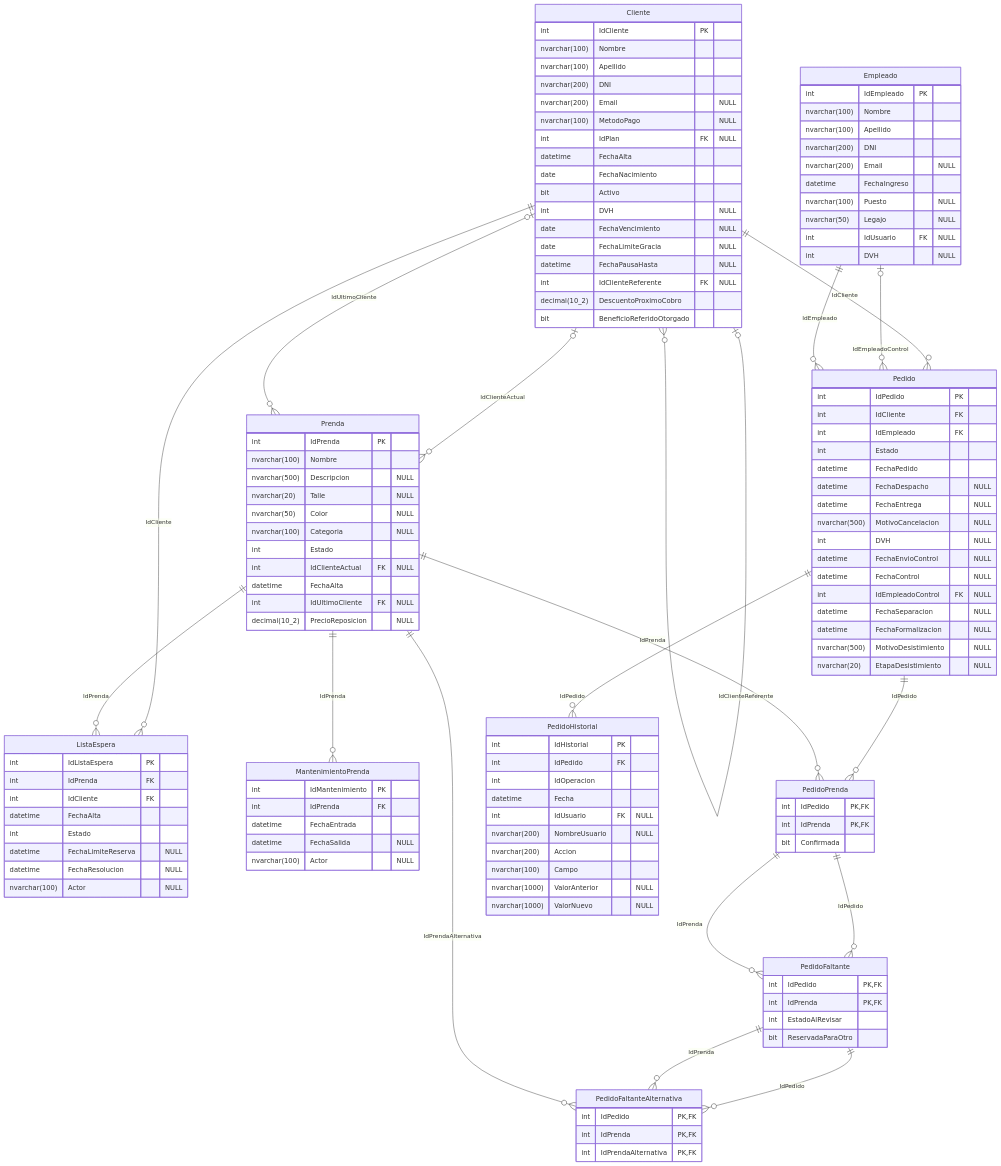
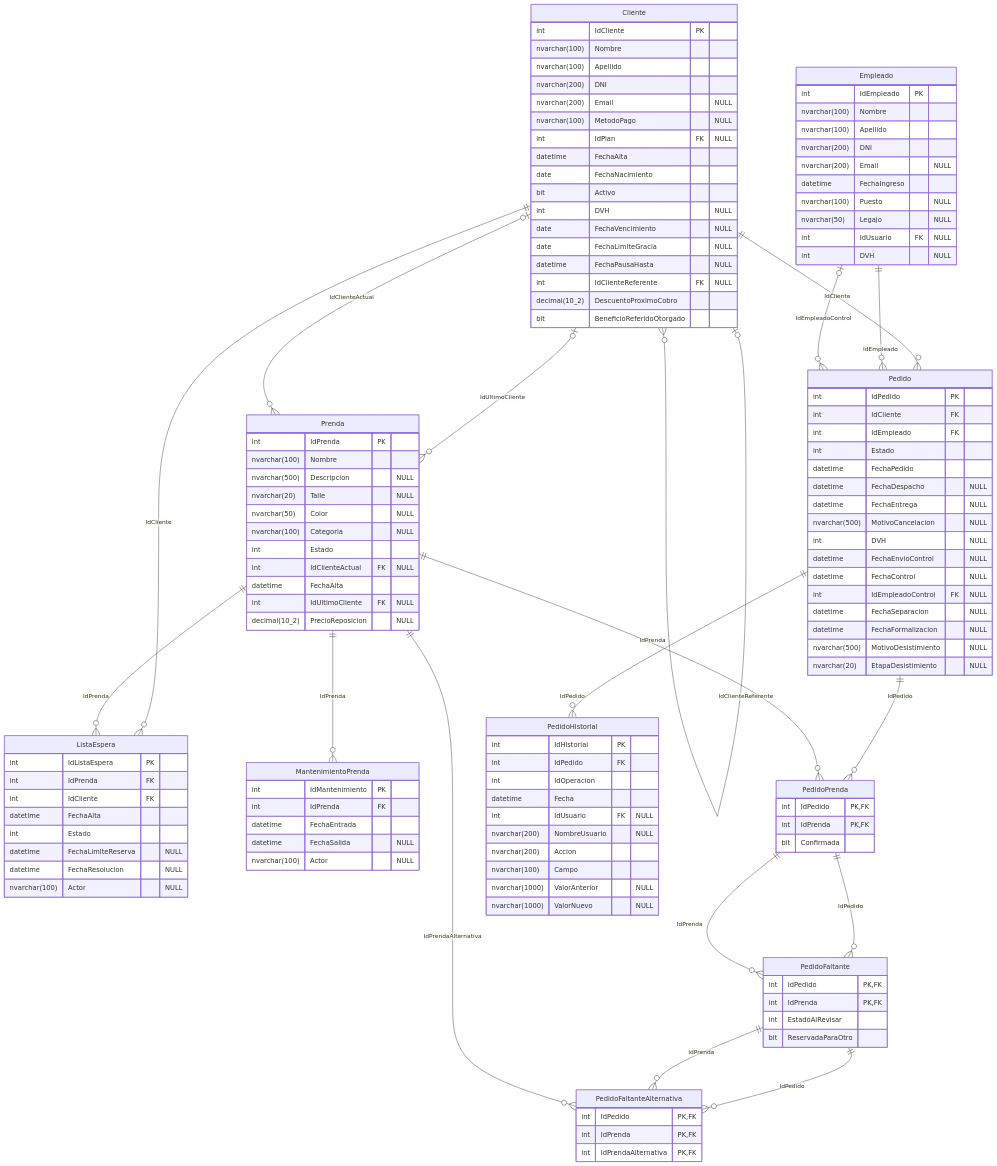
Before and after one commit to valentinamorana/Trabajo-de-Diploma: the diagram in docs/diagramas/mermaid/DER_pn01_pedidos.mmd, drawn with Mermaid. The commit also changed other lines of this file and 65 other files, not shown here.

```diff
--- a/docs/diagramas/mermaid/DER_pn01_pedidos.mmd
+++ b/docs/diagramas/mermaid/DER_pn01_pedidos.mmd
@@ -1,125 +1,125 @@
 erDiagram
   Cliente |o--o{ Cliente : "IdClienteReferente"
   Cliente ||--o{ ListaEspera : "IdCliente"
   Prenda ||--o{ ListaEspera : "IdPrenda"
   Prenda ||--o{ MantenimientoPrenda : "IdPrenda"
   Cliente ||--o{ Pedido : "IdCliente"
+  Empleado ||--o{ Pedido : "IdEmpleado"
   Empleado |o--o{ Pedido : "IdEmpleadoControl"
-  Empleado ||--o{ Pedido : "IdEmpleado"
   PedidoPrenda ||--o{ PedidoFaltante : "IdPedido"
   PedidoPrenda ||--o{ PedidoFaltante : "IdPrenda"
   PedidoFaltante ||--o{ PedidoFaltanteAlternativa : "IdPedido"
   PedidoFaltante ||--o{ PedidoFaltanteAlternativa : "IdPrenda"
   Prenda ||--o{ PedidoFaltanteAlternativa : "IdPrendaAlternativa"
   Pedido ||--o{ PedidoHistorial : "IdPedido"
   Pedido ||--o{ PedidoPrenda : "IdPedido"
   Prenda ||--o{ PedidoPrenda : "IdPrenda"
+  Cliente |o--o{ Prenda : "IdUltimoCliente"
   Cliente |o--o{ Prenda : "IdClienteActual"
-  Cliente |o--o{ Prenda : "IdUltimoCliente"
   Cliente {
     int IdCliente PK
     nvarchar(100) Nombre
     nvarchar(100) Apellido
     nvarchar(200) DNI
     nvarchar(200) Email "NULL"
     nvarchar(100) MetodoPago "NULL"
     int IdPlan FK "NULL"
     datetime FechaAlta
     date FechaNacimiento
     bit Activo
     int DVH "NULL"
     date FechaVencimiento "NULL"
     date FechaLimiteGracia "NULL"
     datetime FechaPausaHasta "NULL"
     int IdClienteReferente FK "NULL"
     decimal(10_2) DescuentoProximoCobro
     bit BeneficioReferidoOtorgado
   }
   Empleado {
     int IdEmpleado PK
     nvarchar(100) Nombre
     nvarchar(100) Apellido
     nvarchar(200) DNI
     nvarchar(200) Email "NULL"
     datetime FechaIngreso
     nvarchar(100) Puesto "NULL"
     nvarchar(50) Legajo "NULL"
     int IdUsuario FK "NULL"
     int DVH "NULL"
   }
   Pedido {
     int IdPedido PK
     int IdCliente FK
     int IdEmpleado FK
     int Estado
     datetime FechaPedido
     datetime FechaDespacho "NULL"
     datetime FechaEntrega "NULL"
     nvarchar(500) MotivoCancelacion "NULL"
     int DVH "NULL"
     datetime FechaEnvioControl "NULL"
     datetime FechaControl "NULL"
     int IdEmpleadoControl FK "NULL"
     datetime FechaSeparacion "NULL"
     datetime FechaFormalizacion "NULL"
     nvarchar(500) MotivoDesistimiento "NULL"
     nvarchar(20) EtapaDesistimiento "NULL"
   }
   PedidoPrenda {
     int IdPedido PK,FK
     int IdPrenda PK,FK
     bit Confirmada
   }
   PedidoFaltante {
     int IdPedido PK,FK
     int IdPrenda PK,FK
     int EstadoAlRevisar
     bit ReservadaParaOtro
   }
   PedidoFaltanteAlternativa {
     int IdPedido PK,FK
     int IdPrenda PK,FK
     int IdPrendaAlternativa PK,FK
   }
   PedidoHistorial {
     int IdHistorial PK
     int IdPedido FK
     int IdOperacion
     datetime Fecha
     int IdUsuario FK "NULL"
     nvarchar(200) NombreUsuario "NULL"
     nvarchar(200) Accion
     nvarchar(100) Campo
     nvarchar(1000) ValorAnterior "NULL"
     nvarchar(1000) ValorNuevo "NULL"
   }
   Prenda {
     int IdPrenda PK
     nvarchar(100) Nombre
     nvarchar(500) Descripcion "NULL"
     nvarchar(20) Talle "NULL"
     nvarchar(50) Color "NULL"
     nvarchar(100) Categoria "NULL"
     int Estado
     int IdClienteActual FK "NULL"
     datetime FechaAlta
     int IdUltimoCliente FK "NULL"
     decimal(10_2) PrecioReposicion "NULL"
   }
   ListaEspera {
     int IdListaEspera PK
     int IdPrenda FK
     int IdCliente FK
     datetime FechaAlta
     int Estado
     datetime FechaLimiteReserva "NULL"
     datetime FechaResolucion "NULL"
     nvarchar(100) Actor "NULL"
   }
   MantenimientoPrenda {
     int IdMantenimiento PK
     int IdPrenda FK
     datetime FechaEntrada
     datetime FechaSalida "NULL"
     nvarchar(100) Actor "NULL"
   }
```
